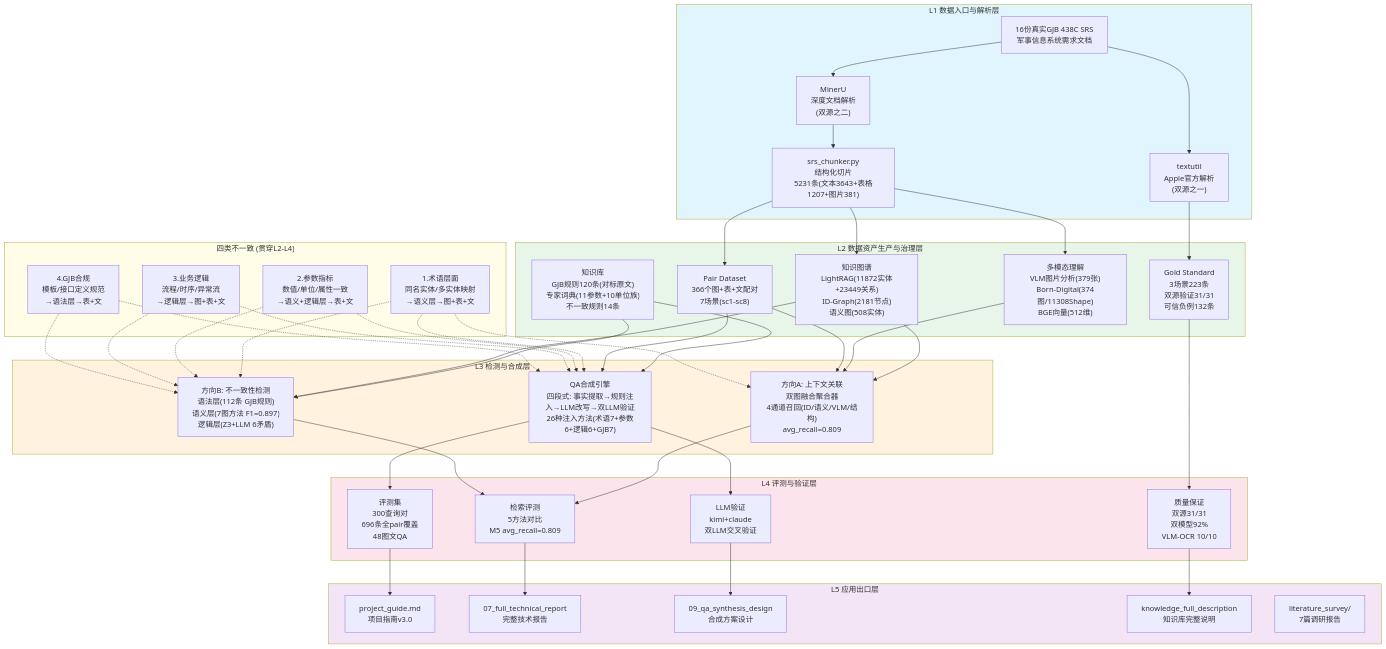
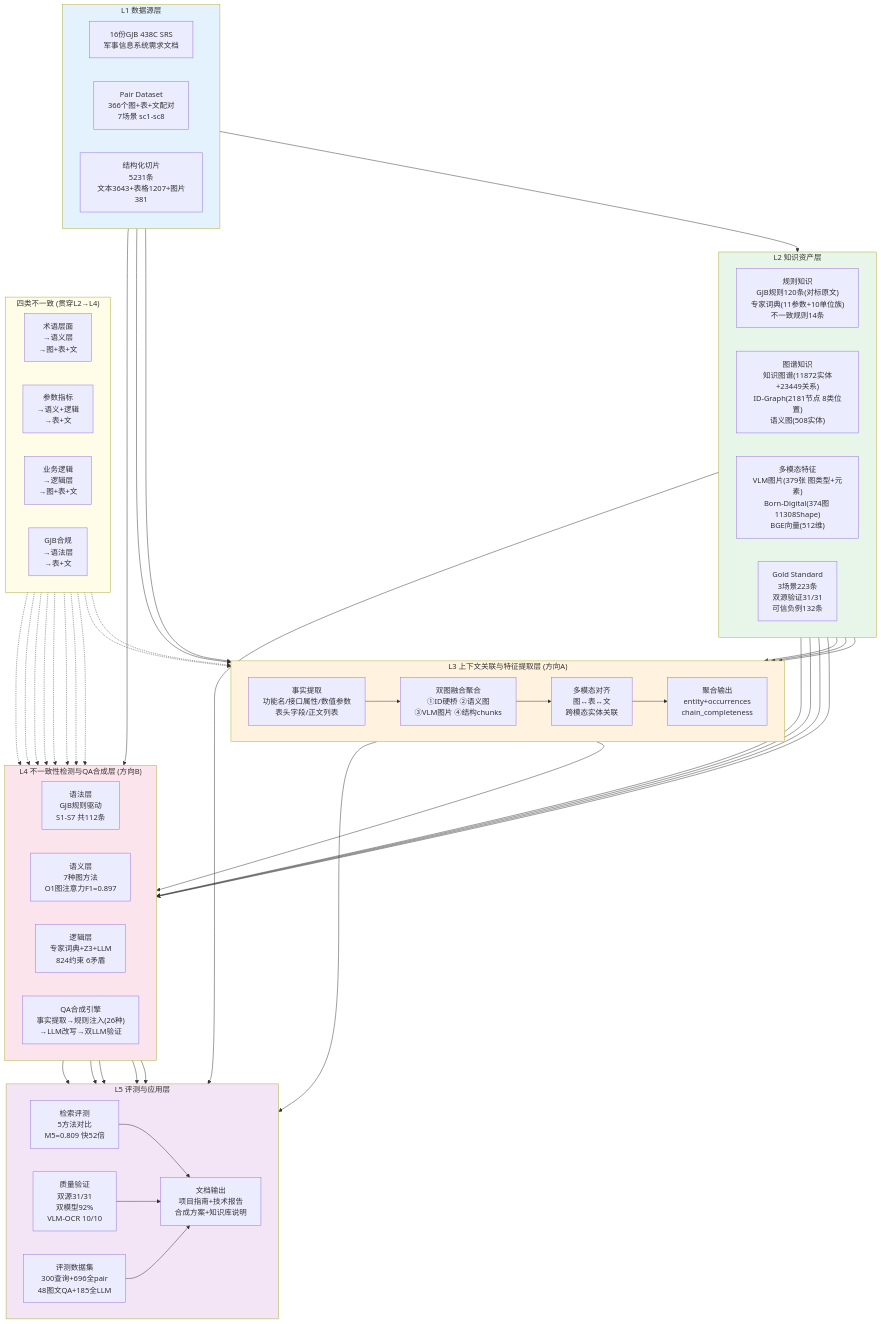
One commit to hongshi1/data-clean changed the diagram in docs/srs_project/ecosystem_diagram.md. Above: the diagram before and after it, drawn with Mermaid. The commit also changed other lines of this file, not shown here.

Commit message:
docs: 项目生态图v2(以知识资产和上下文关联为核心, 5层+横向四类不一致)

````diff
--- a/docs/srs_project/ecosystem_diagram.md
+++ b/docs/srs_project/ecosystem_diagram.md
@@ -5,86 +5,93 @@
 ```mermaid
 graph TB
-    subgraph L5["L5 应用出口层"]
-        L5A["project_guide.md<br/>项目指南v3.0"]
-        L5B["07_full_technical_report<br/>完整技术报告"]
-        L5C["09_qa_synthesis_design<br/>合成方案设计"]
-        L5D["knowledge_full_description<br/>知识库完整说明"]
-        L5E["literature_survey/<br/>7篇调研报告"]
+    subgraph L5["L5 评测与应用层"]
+        direction LR
+        L5A["检索评测<br/>5方法对比<br/>M5=0.809 快52倍"]
+        L5B["质量验证<br/>双源31/31<br/>双模型92%<br/>VLM-OCR 10/10"]
+        L5C["评测数据集<br/>300查询+696全pair<br/>48图文QA+185全LLM"]
+        L5D["文档输出<br/>项目指南+技术报告<br/>合成方案+知识库说明"]
     end
 
-    subgraph L4["L4 评测与验证层"]
-        L4A["检索评测<br/>5方法对比<br/>M5 avg_recall=0.809"]
-        L4B["LLM验证<br/>kimi+claude<br/>双LLM交叉验证"]
-        L4C["质量保证<br/>双源31/31<br/>双模型92%<br/>VLM-OCR 10/10"]
-        L4D["评测集<br/>300查询对<br/>696条全pair覆盖<br/>48图文QA"]
+    subgraph L4["L4 不一致性检测与QA合成层 (方向B)"]
+        direction LR
+        L4A["语法层<br/>GJB规则驱动<br/>S1-S7 共112条"]
+        L4B["语义层<br/>7种图方法<br/>O1图注意力F1=0.897"]
+        L4C["逻辑层<br/>专家词典+Z3+LLM<br/>824约束 6矛盾"]
+        L4D["QA合成引擎<br/>事实提取→规则注入(26种)<br/>→LLM改写→双LLM验证"]
     end
 
-    subgraph L3["L3 检测与合成层"]
-        L3A["方向A: 上下文关联<br/>双图融合聚合器<br/>4通道召回(ID/语义/VLM/结构)<br/>avg_recall=0.809"]
-        L3B["方向B: 不一致性检测<br/>语法层(112条 GJB规则)<br/>语义层(7图方法 F1=0.897)<br/>逻辑层(Z3+LLM 6矛盾)"]
-        L3C["QA合成引擎<br/>四段式: 事实提取→规则注入→LLM改写→双LLM验证<br/>26种注入方法(术语7+参数6+逻辑6+GJB7)"]
+    subgraph L3["L3 上下文关联与特征提取层 (方向A)"]
+        direction LR
+        L3A["事实提取<br/>功能名/接口属性/数值参数<br/>表头字段/正文列表"]
+        L3B["双图融合聚合<br/>①ID硬桥 ②语义图<br/>③VLM图片 ④结构chunks"]
+        L3C["多模态对齐<br/>图↔表↔文<br/>跨模态实体关联"]
+        L3D["聚合输出<br/>entity+occurrences<br/>chain_completeness"]
     end
 
-    subgraph L2["L2 数据资产生产与治理层"]
-        L2A["知识库<br/>GJB规则120条(对标原文)<br/>专家词典(11参数+10单位族)<br/>不一致规则14条"]
-        L2B["知识图谱<br/>LightRAG(11872实体+23449关系)<br/>ID-Graph(2181节点)<br/>语义图(508实体)"]
-        L2C["多模态理解<br/>VLM图片分析(379张)<br/>Born-Digital(374图/11308Shape)<br/>BGE向量(512维)"]
+    subgraph L2["L2 知识资产层"]
+        direction LR
+        L2A["规则知识<br/>GJB规则120条(对标原文)<br/>专家词典(11参数+10单位族)<br/>不一致规则14条"]
+        L2B["图谱知识<br/>知识图谱(11872实体+23449关系)<br/>ID-Graph(2181节点 8类位置)<br/>语义图(508实体)"]
+        L2C["多模态特征<br/>VLM图片(379张 图类型+元素)<br/>Born-Digital(374图 11308Shape)<br/>BGE向量(512维)"]
         L2D["Gold Standard<br/>3场景223条<br/>双源验证31/31<br/>可信负例132条"]
-        L2E["Pair Dataset<br/>366个图+表+文配对<br/>7场景(sc1-sc8)"]
     end
 
-    subgraph L1["L1 数据入口与解析层"]
-        L1A["16份真实GJB 438C SRS<br/>军事信息系统需求文档"]
-        L1B["textutil<br/>Apple官方解析<br/>(双源之一)"]
-        L1C["MinerU<br/>深度文档解析<br/>(双源之二)"]
-        L1D["srs_chunker.py<br/>结构化切片<br/>5231条(文本3643+表格1207+图片381)"]
+    subgraph L1["L1 数据源层"]
+        direction LR
+        L1A["16份GJB 438C SRS<br/>军事信息系统需求文档"]
+        L1B["Pair Dataset<br/>366个图+表+文配对<br/>7场景 sc1-sc8"]
+        L1C["结构化切片<br/>5231条<br/>文本3643+表格1207+图片381"]
     end
 
-    subgraph 横向["四类不一致 (贯穿L2-L4)"]
-        H1["1.术语层面<br/>同名实体/多实体映射<br/>→语义层→图+表+文"]
-        H2["2.参数指标<br/>数值/单位/属性一致<br/>→语义+逻辑层→表+文"]
-        H3["3.业务逻辑<br/>流程/时序/异常流<br/>→逻辑层→图+表+文"]
-        H4["4.GJB合规<br/>模板/接口定义规范<br/>→语法层→表+文"]
+    subgraph 横向["四类不一致 (贯穿L2→L4)"]
+        direction LR
+        H1["术语层面<br/>→语义层<br/>→图+表+文"]
+        H2["参数指标<br/>→语义+逻辑<br/>→表+文"]
+        H3["业务逻辑<br/>→逻辑层<br/>→图+表+文"]
+        H4["GJB合规<br/>→语法层<br/>→表+文"]
     end
 
-    L1A --> L1B
-    L1A --> L1C
-    L1B --> L2D
-    L1C --> L1D
-    L1D --> L2E
-    L1D --> L2B
-    L1D --> L2C
+    L1 --> L2
+    L2A --> L4A
+    L2A --> L4D
+    L2B --> L3B
+    L2B --> L4B
+    L2C --> L3B
+    L2C --> L3C
+    L2D --> L5B
+    L2D --> L4B
+    L1B --> L3A
+    L1B --> L4D
+    L1C --> L3A
 
-    L2A --> L3B
-    L2A --> L3C
-    L2B --> L3A
-    L2B --> L3B
-    L2C --> L3A
-    L2D --> L4C
-    L2E --> L3C
-    L2E --> L3A
+    L3A --> L3B
+    L3B --> L3C
+    L3C --> L3D
+    L3D --> L4D
+    L3D --> L5A
 
-    L3A --> L4A
-    L3B --> L4A
-    L3C --> L4B
-    L3C --> L4D
+    L4A --> L5A
+    L4B --> L5A
+    L4C --> L5A
+    L4D --> L5B
+    L4D --> L5C
 
-    L4A --> L5B
-    L4B --> L5C
-    L4C --> L5D
-    L4D --> L5A
+    L5A --> L5D
+    L5B --> L5D
+    L5C --> L5D
 
-    H1 -.-> L3A
-    H1 -.-> L3B
-    H2 -.-> L3B
-    H3 -.-> L3B
-    H4 -.-> L3B
-    H1 -.-> L3C
-    H2 -.-> L3C
-    H3 -.-> L3C
-    H4 -.-> L3C
+    H1 -.-> L3
+    H1 -.-> L4
+    H2 -.-> L3
+    H2 -.-> L4
+    H3 -.-> L4
+    H4 -.-> L4
+    H1 -.-> L4D
+    H2 -.-> L4D
+    H3 -.-> L4D
+    H4 -.-> L4D
 
-    style L1 fill:#e1f5fe
+    style L1 fill:#e3f2fd
     style L2 fill:#e8f5e9
     style L3 fill:#fff3e0
     style L4 fill:#fce4ec
````
